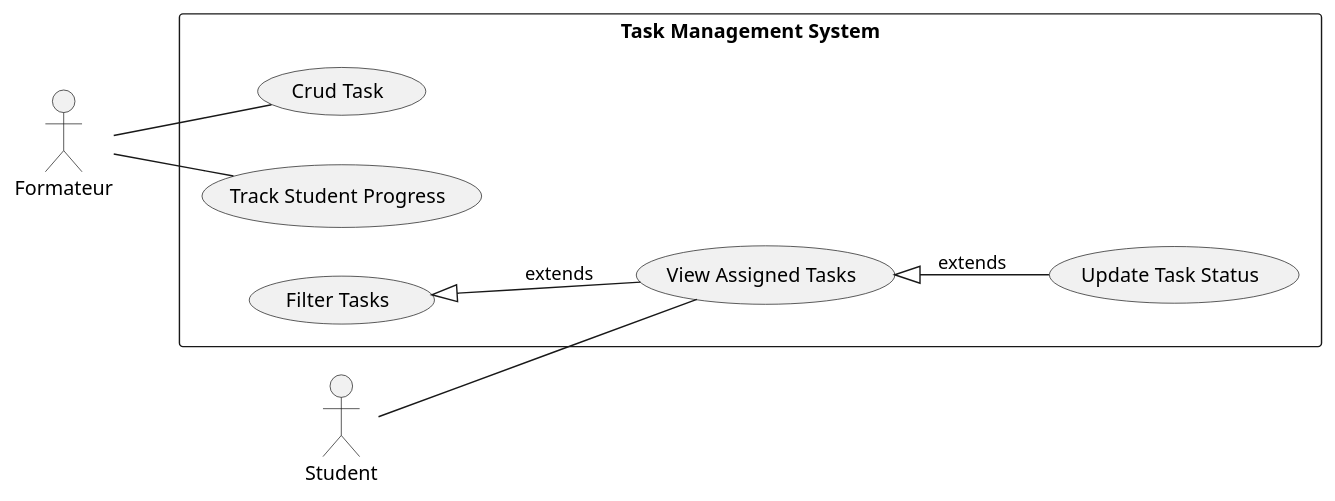
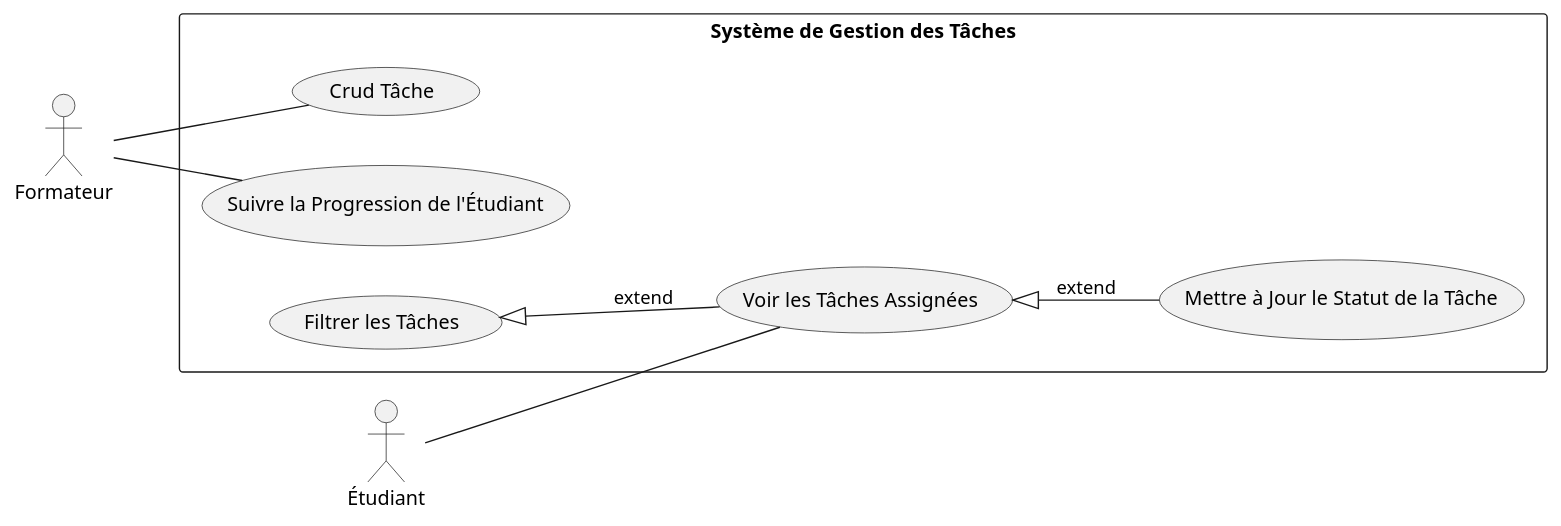
One commit to AyoubBakali07/conception_lms changed the diagram in Conception/use_case.pu. Above: the diagram before and after it, drawn with PlantUML.

Commit message:
add use_case

```diff
--- a/Conception/use_case.pu
+++ b/Conception/use_case.pu
@@ -1,23 +1,23 @@
 @startuml
 left to right direction
 
 actor "Formateur" as fc
-actor "Student" as st
+actor "Étudiant" as st
 
-rectangle "Task Management System" {
-  usecase "Crud Task" as UC1
-  usecase "View Assigned Tasks" as UC2
-  usecase "Update Task Status" as UC3
-  usecase "Track Student Progress" as UC4
-  usecase "Filter Tasks" as UC5
+rectangle "Système de Gestion des Tâches" {
+  usecase "Crud Tâche" as UC1
+  usecase "Voir les Tâches Assignées" as UC2
+  usecase "Mettre à Jour le Statut de la Tâche" as UC3
+  usecase "Suivre la Progression de l'Étudiant" as UC4
+  usecase "Filtrer les Tâches" as UC5
 }
 
 fc -- UC1 
 st -- UC2 
 ' st -- UC5 
 fc -- UC4 
 
-UC5 <|-- UC2 : "extends"
-UC2 <|-- UC3 : "extends"
+UC5 <|-- UC2 : "extend"
+UC2 <|-- UC3 : "extend"
 
 @enduml
```
